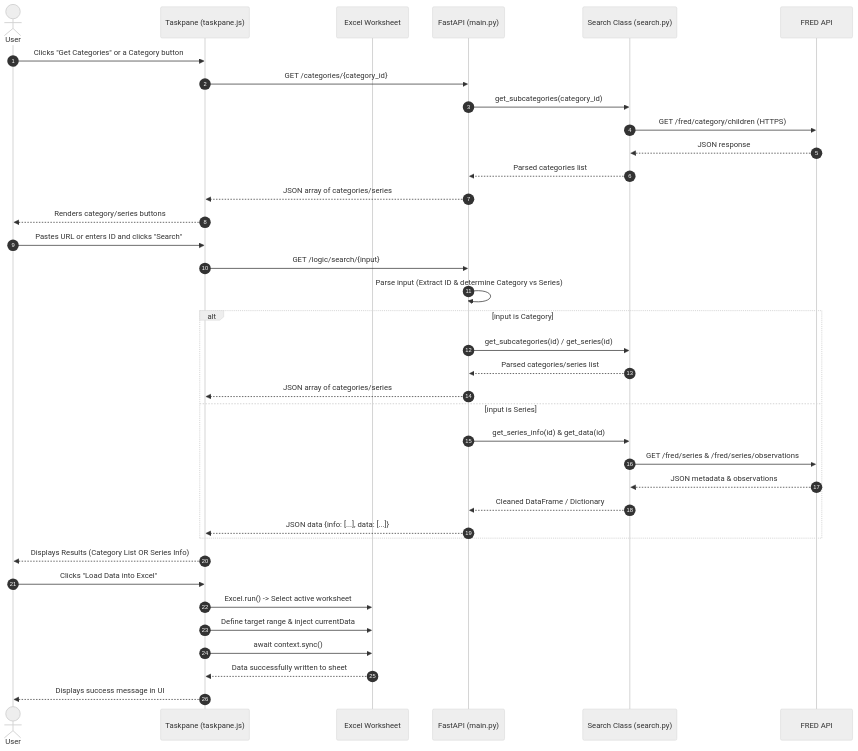
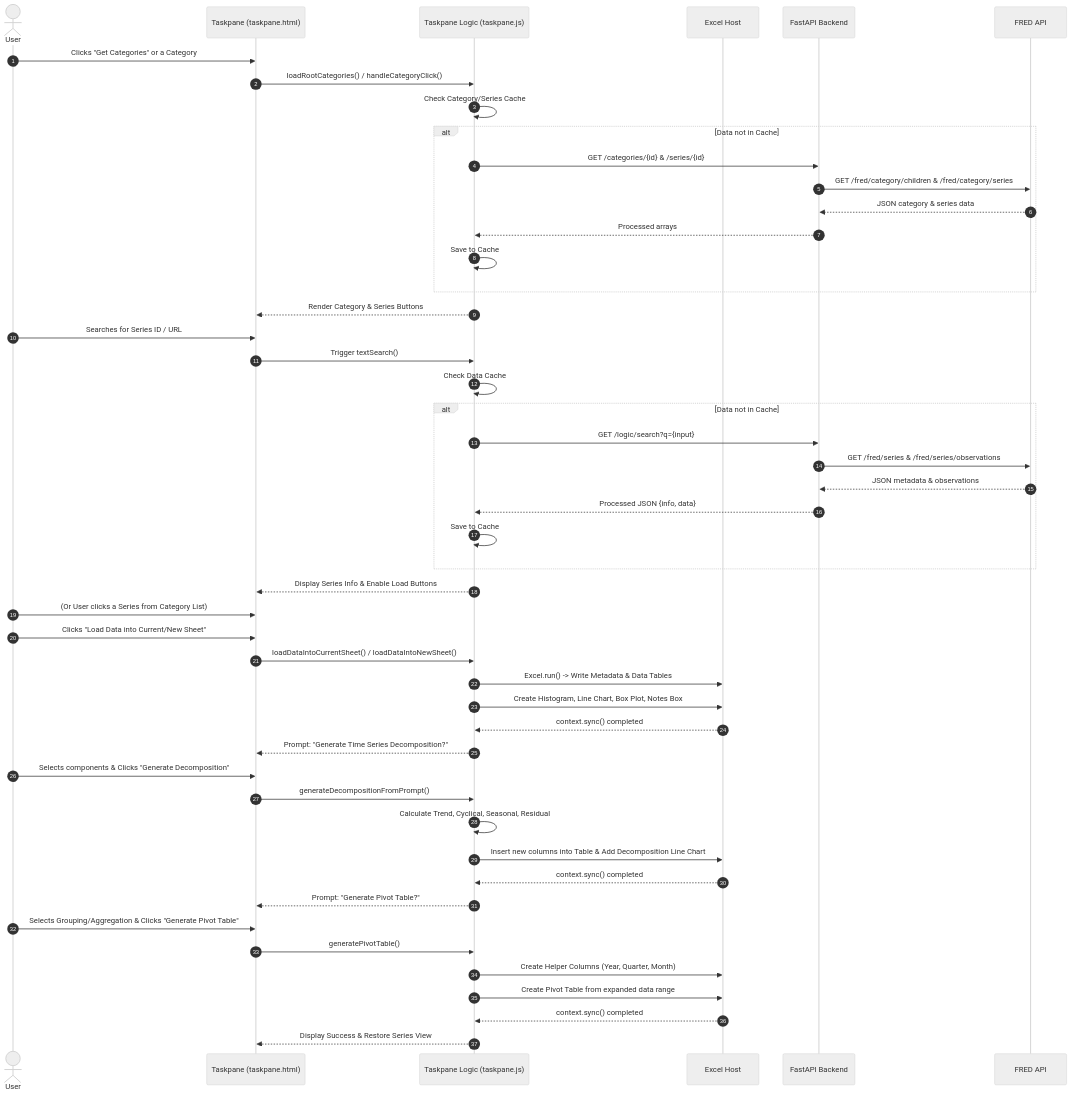
Before and after one commit to hadrianValdezEdu/Ista-498-Senior-Capstone-Project-U.S-Federal-Reserve-Data-Analysis-App: the diagram in diagrams/sequence_diagram.md, drawn with Mermaid (neutral theme). The commit also changed 6 other files, not shown here.

Commit message:
Added diagrams and comments

````diff
--- a/diagrams/sequence_diagram.md
+++ b/diagrams/sequence_diagram.md
@@ -1,47 +1,61 @@
 ```mermaid
 sequenceDiagram
     autonumber
     actor User
-    participant UI as Taskpane (taskpane.js)
-    participant Excel as Excel Worksheet
-    participant API as FastAPI (main.py)
-    participant Search as Search Class (search.py)
+    participant UI as Taskpane (taskpane.html)
+    participant JS as Taskpane Logic (taskpane.js)
+    participant Excel as Excel Host
+    participant API as FastAPI Backend
     participant FRED as FRED API
 
-    %% Scenario 1: Category/Series Browsing
-    User->>UI: Clicks "Get Categories" or a Category button
-    UI->>API: GET /categories/{category_id}
-    API->>Search: get_subcategories(category_id)
-    Search->>FRED: GET /fred/category/children (HTTPS)
-    FRED-->>Search: JSON response
-    Search-->>API: Parsed categories list
-    API-->>UI: JSON array of categories/series
-    UI-->>User: Renders category/series buttons
+    %% Scenario 1: Category Browsing (Alternative to Search)
+    User->>UI: Clicks "Get Categories" or a Category
+    UI->>JS: loadRootCategories() / handleCategoryClick()
+    JS->>JS: Check Category/Series Cache
+    alt Data not in Cache
+        JS->>API: GET /categories/{id} & /series/{id}
+        API->>FRED: GET /fred/category/children & /fred/category/series
+        FRED-->>API: JSON category & series data
+        API-->>JS: Processed arrays
+        JS->>JS: Save to Cache
+    end
+    JS-->>UI: Render Category & Series Buttons
 
-    %% Scenario 2: Search (Handles IDs & URLs for Categories and Series)
-    User->>UI: Pastes URL or enters ID and clicks "Search"
-    UI->>API: GET /logic/search/{input}
-    API->>API: Parse input (Extract ID & determine Category vs Series)
-    
-    alt input is Category
-        API->>Search: get_subcategories(id) / get_series(id)
-        Search-->>API: Parsed categories/series list
-        API-->>UI: JSON array of categories/series
-    else input is Series
-        API->>Search: get_series_info(id) & get_data(id)
-        Search->>FRED: GET /fred/series & /fred/series/observations
-        FRED-->>Search: JSON metadata & observations
-        Search-->>API: Cleaned DataFrame / Dictionary
-        API-->>UI: JSON data {info: [...], data: [...]}
+    %% Scenario 2: Search via Search Box & Cache Data
+    User->>UI: Searches for Series ID / URL
+    UI->>JS: Trigger textSearch()
+    JS->>JS: Check Data Cache
+    alt Data not in Cache
+        JS->>API: GET /logic/search?q={input}
+        API->>FRED: GET /fred/series & /fred/series/observations
+        FRED-->>API: JSON metadata & observations
+        API-->>JS: Processed JSON {info, data}
+        JS->>JS: Save to Cache
     end
-    
-    UI-->>User: Displays Results (Category List OR Series Info)
+    JS-->>UI: Display Series Info & Enable Load Buttons
+    User->>UI: (Or User clicks a Series from Category List)
 
-    %% Scenario 3: Insert into Excel
-    User->>UI: Clicks "Load Data into Excel"
-    UI->>Excel: Excel.run() -> Select active worksheet
-    UI->>Excel: Define target range & inject currentData
-    UI->>Excel: await context.sync()
-    Excel-->>UI: Data successfully written to sheet
-    UI-->>User: Displays success message in UI
+    %% Scenario 3: Load Data & Generate Charts
+    User->>UI: Clicks "Load Data into Current/New Sheet"
+    UI->>JS: loadDataIntoCurrentSheet() / loadDataIntoNewSheet()
+    JS->>Excel: Excel.run() -> Write Metadata & Data Tables
+    JS->>Excel: Create Histogram, Line Chart, Box Plot, Notes Box
+    Excel-->>JS: context.sync() completed
+    JS-->>UI: Prompt: "Generate Time Series Decomposition?"
+
+    %% Scenario 4: Time Series Decomposition
+    User->>UI: Selects components & Clicks "Generate Decomposition"
+    UI->>JS: generateDecompositionFromPrompt()
+    JS->>JS: Calculate Trend, Cyclical, Seasonal, Residual
+    JS->>Excel: Insert new columns into Table & Add Decomposition Line Chart
+    Excel-->>JS: context.sync() completed
+    JS-->>UI: Prompt: "Generate Pivot Table?"
+
+    %% Scenario 5: Pivot Table Generation
+    User->>UI: Selects Grouping/Aggregation & Clicks "Generate Pivot Table"
+    UI->>JS: generatePivotTable()
+    JS->>Excel: Create Helper Columns (Year, Quarter, Month)
+    JS->>Excel: Create Pivot Table from expanded data range
+    Excel-->>JS: context.sync() completed
+    JS-->>UI: Display Success & Restore Series View
 ```
````
